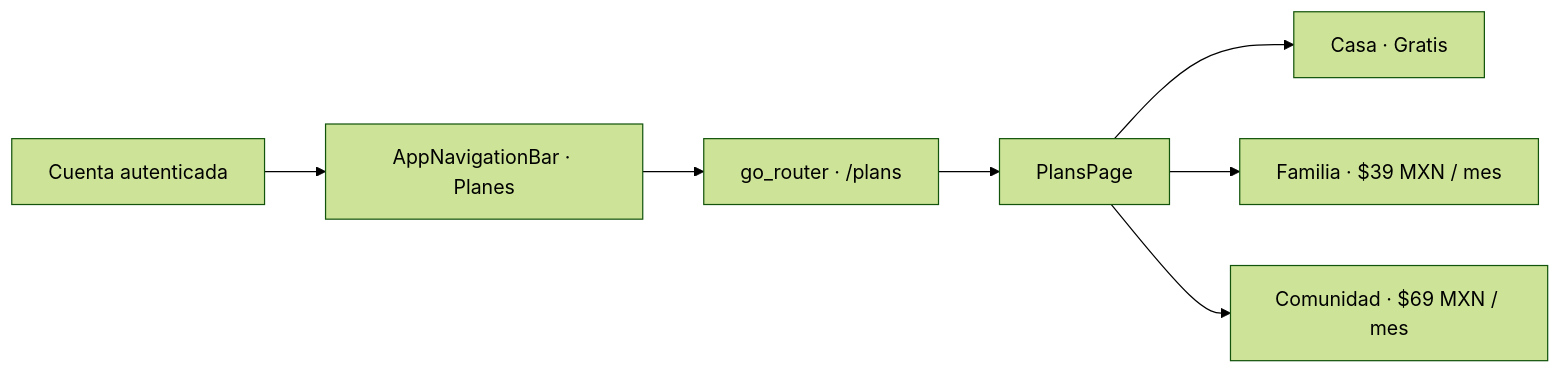
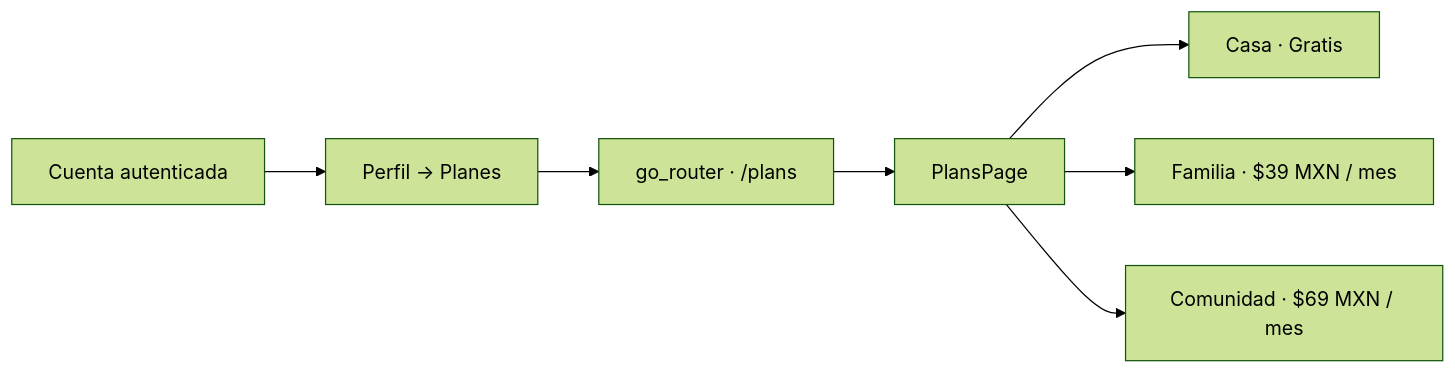
Diagram 11 of 15 in docs/MANUAL.md (EMSiiU/casa_en_juego), drawn with Mermaid (forest theme) before and after one commit. The commit also changed other lines of this file and 9 other files, not shown here.

Commit message:
Mueve Planes a Perfil y actualiza documentación pública

````diff
--- a/docs/MANUAL.md
+++ b/docs/MANUAL.md
@@ -936,9 +981,9 @@
 ```mermaid
 flowchart LR
-    Cuenta["Cuenta autenticada"] --> Nav["AppNavigationBar · Planes"]
+    Cuenta["Cuenta autenticada"] --> Nav["Perfil → Planes"]
     Nav --> Ruta["go_router · /plans"]
     Ruta --> Vista["PlansPage"]
     Vista --> Casa["Casa · Gratis"]
     Vista --> Familia["Familia · $39 MXN / mes"]
     Vista --> Comunidad["Comunidad · $69 MXN / mes"]
 ```
````
